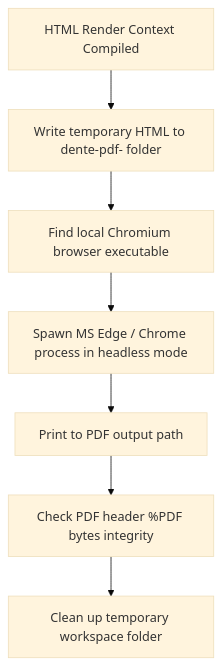
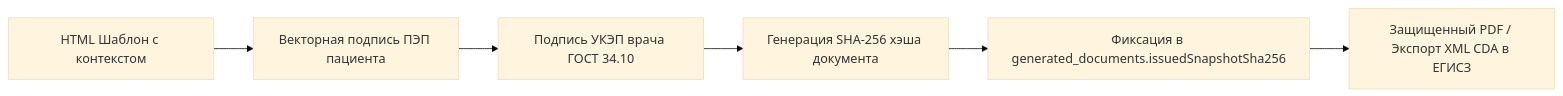
Before and after one commit to marko1olo/dental-crm: the diagram in .agents/DOCUMENTS_LIFECYCLE.md, drawn with Mermaid (base theme). The commit also changed other lines of this file and 7 other files, not shown here.

````diff
--- a/.agents/DOCUMENTS_LIFECYCLE.md
+++ b/.agents/DOCUMENTS_LIFECYCLE.md
@@ -19,9 +79,8 @@
 ```mermaid
-graph TD
-    A[HTML Render Context Compiled] --> B[Write temporary HTML to dente-pdf- folder]
-    B --> C[Find local Chromium browser executable]
-    C --> D[Spawn MS Edge / Chrome process in headless mode]
-    D --> E[Print to PDF output path]
-    E --> F[Check PDF header %PDF bytes integrity]
-    F --> G[Clean up temporary workspace folder]
+graph LR
+    A[HTML Шаблон с контекстом] --> B[Векторная подпись ПЭП пациента]
+    B --> C[Подпись УКЭП врача ГОСТ 34.10]
+    C --> D[Генерация SHA-256 хэша документа]
+    D --> E[Фиксация в generated_documents.issuedSnapshotSha256]
+    E --> F[Защищенный PDF / Экспорт XML CDA в ЕГИСЗ]
 ```
````
